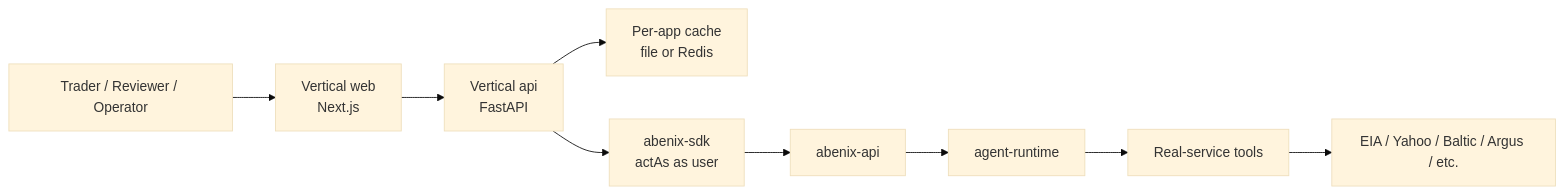
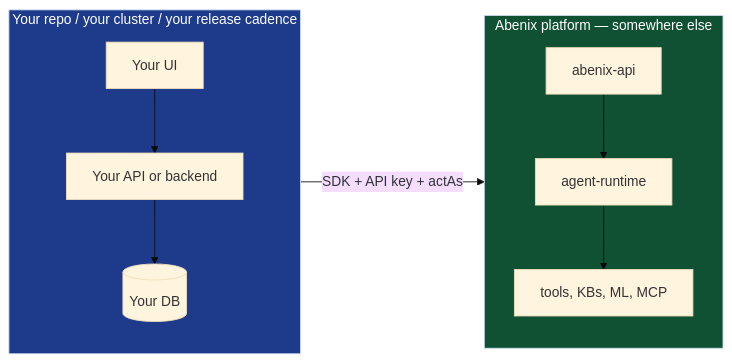
The diagram in apps/web/public/dev-docs/07-standalone-apps/00-pattern.md (sarkar4777/abenix), drawn with Mermaid (base theme) before and after one commit. The commit also changed other lines of this file and 30 other files, not shown here.

````diff
--- a/apps/web/public/dev-docs/07-standalone-apps/00-pattern.md
+++ b/apps/web/public/dev-docs/07-standalone-apps/00-pattern.md
@@ -16,11 +11,26 @@
 ```mermaid
 flowchart LR
-  U[Trader / Reviewer / Operator] --> APP_W[Vertical web<br/>Next.js]
-  APP_W --> APP_API[Vertical api<br/>FastAPI]
-  APP_API --> CACHE[Per-app cache<br/>file or Redis]
-  APP_API --> SDK[abenix-sdk<br/>actAs as user]
-  SDK --> PLATFORM[abenix-api]
-  PLATFORM --> RT[agent-runtime]
-  RT --> TOOLS[Real-service tools]
-  TOOLS --> EXT[EIA / Yahoo / Baltic / Argus / etc.]
+  subgraph YOUR[Your repo / your cluster / your release cadence]
+    direction TB
+    UI[Your UI]
+    API[Your API or backend]
+    DB[(Your DB)]
+  end
+
+  subgraph PLATFORM[Abenix platform — somewhere else]
+    direction TB
+    PAPI[abenix-api]
+    PRT[agent-runtime]
+    PTOOLS[tools, KBs, ML, MCP]
+  end
+
+  UI --> API
+  API --> DB
+  API -->|SDK + API key + actAs| PAPI
+  PAPI --> PRT --> PTOOLS
+
+  classDef yours fill:#1e3a8a,color:#fff
+  classDef ours fill:#0f5132,color:#fff
+  class YOUR yours
+  class PLATFORM ours
 ```
````
